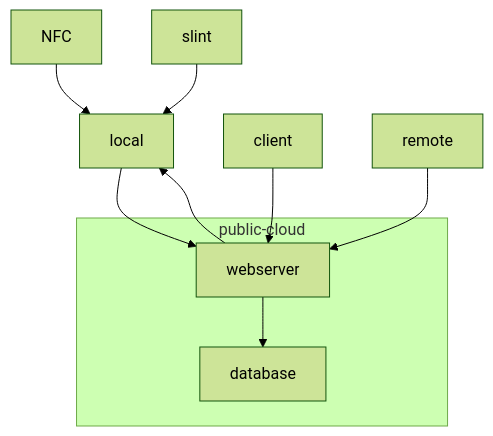
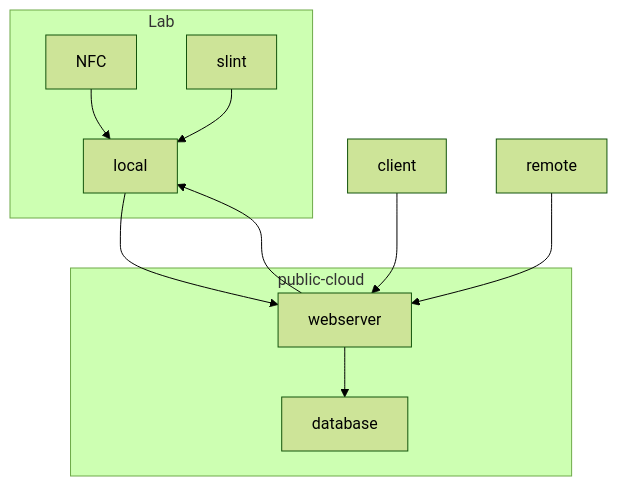
Before and after one commit to minerva-jupiter/lab_presence: the diagram in README.md, drawn with Mermaid (forest theme).

````diff
--- a/README.md
+++ b/README.md
@@ -11,15 +11,20 @@
 ```mermaid
 flowchart TD
     local --> webserver
     client --> webserver
     NFC --> local
     webserver --> local
     webserver --> database
     slint --> local
     remote --> webserver
 
     subgraph public-cloud
         database
         webserver
     end
+    subgraph Lab
+        local
+        NFC
+        slint
+    end
 ```
````
